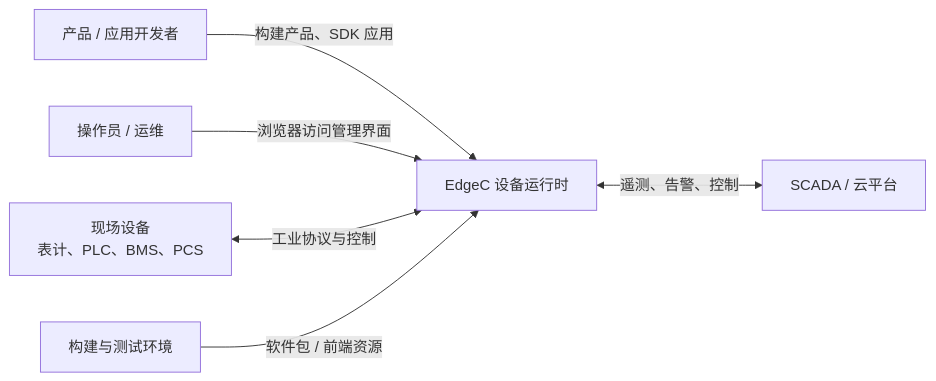
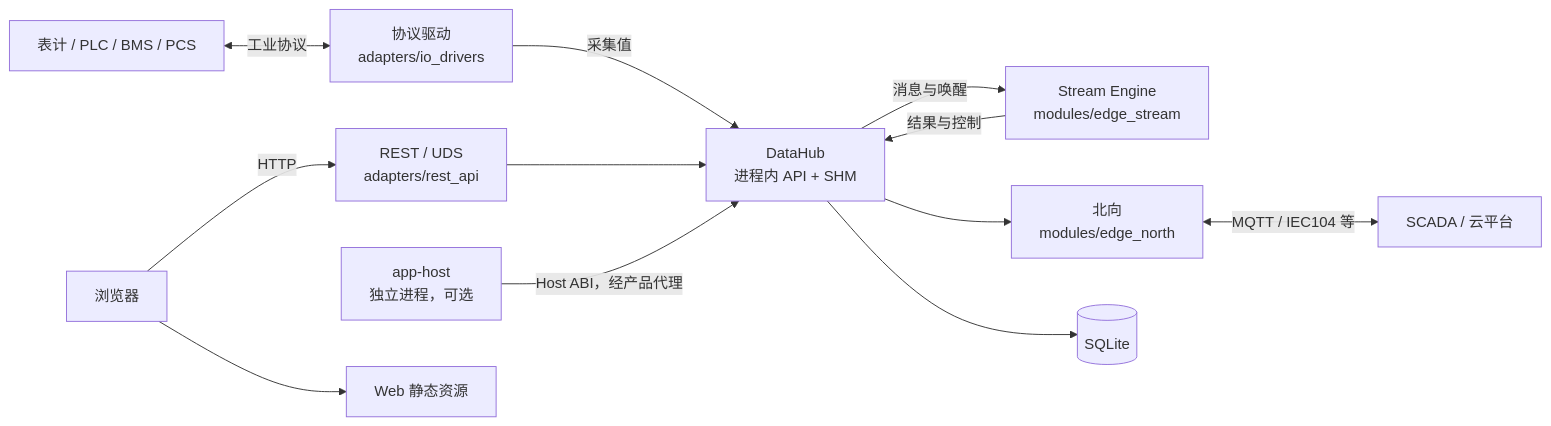
One commit to cautonwong/EdgeC changed the diagram in README.md. Above: the diagram before and after it, drawn with Mermaid. The commit also changed other lines of this file, not shown here.

First line of the commit message:
docs: 重写 README，一张边界图替代 6 张 C4，事实按当前代码核对

````diff
--- a/README.md
+++ b/README.md
@@ -13,8 +9,26 @@
 ```mermaid
-graph LR
-    Dev[产品 / 应用开发者] -->|构建产品、SDK 应用| EdgeC[EdgeC 设备运行时]
-    Operator[操作员 / 运维] -->|浏览器访问管理界面| EdgeC
-    Field[现场设备<br/>表计、PLC、BMS、PCS] <-->|工业协议与控制| EdgeC
-    EdgeC <-->|遥测、告警、控制| Platform[SCADA / 云平台]
-    CI[构建与测试环境] -->|软件包 / 前端资源| EdgeC
+flowchart LR
+    meters[表计 / PLC / BMS / PCS]
+    drivers[协议驱动<br/>adapters/io_drivers]
+    hub[DataHub<br/>进程内 API + SHM]
+    stream[Stream Engine<br/>modules/edge_stream]
+    north[北向<br/>modules/edge_north]
+    db[(SQLite)]
+    rest[REST / UDS<br/>adapters/rest_api]
+    apphost[app-host<br/>独立进程，可选]
+    web[Web 静态资源]
+    browser[浏览器]
+    cloud[SCADA / 云平台]
+
+    meters <-->|工业协议| drivers
+    drivers -->|采集值| hub
+    hub -->|消息与唤醒| stream
+    stream -->|结果与控制| hub
+    hub --> north
+    north <-->|MQTT / IEC104 等| cloud
+    hub --> db
+    rest --> hub
+    browser --> web
+    browser -->|HTTP| rest
+    apphost -->|Host ABI，经产品代理| hub
 ```
````
